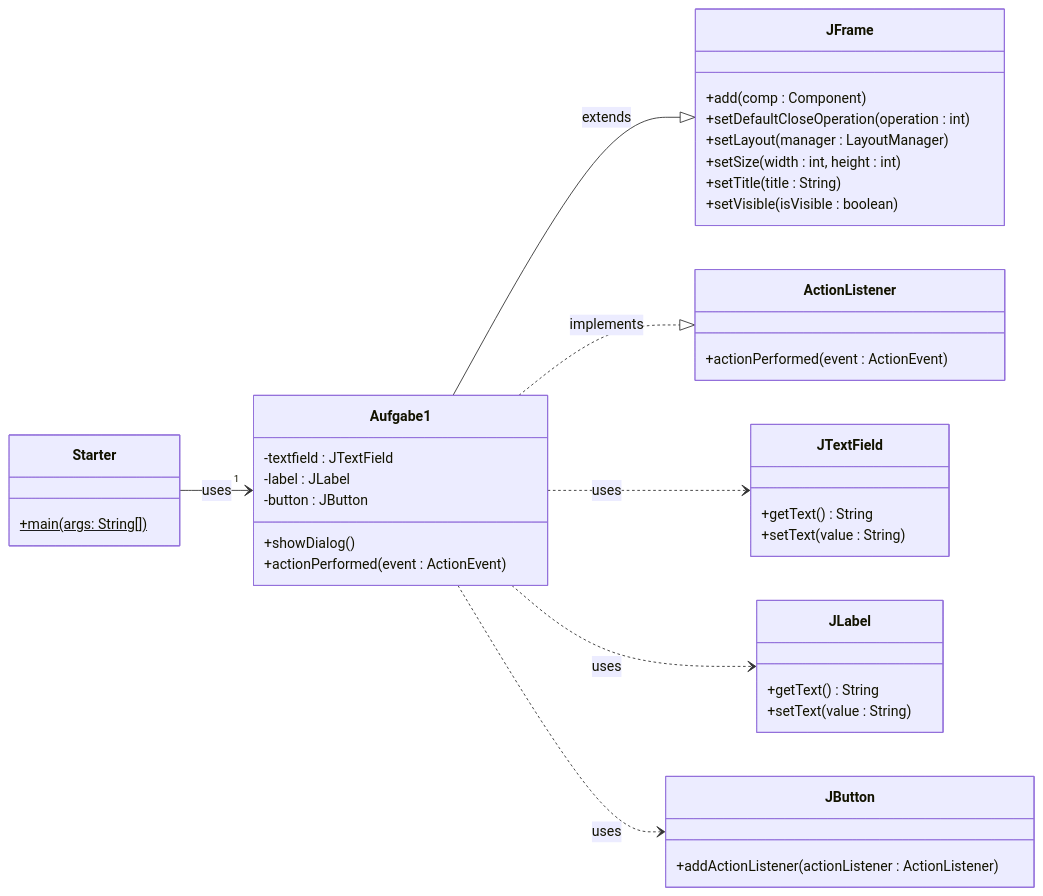
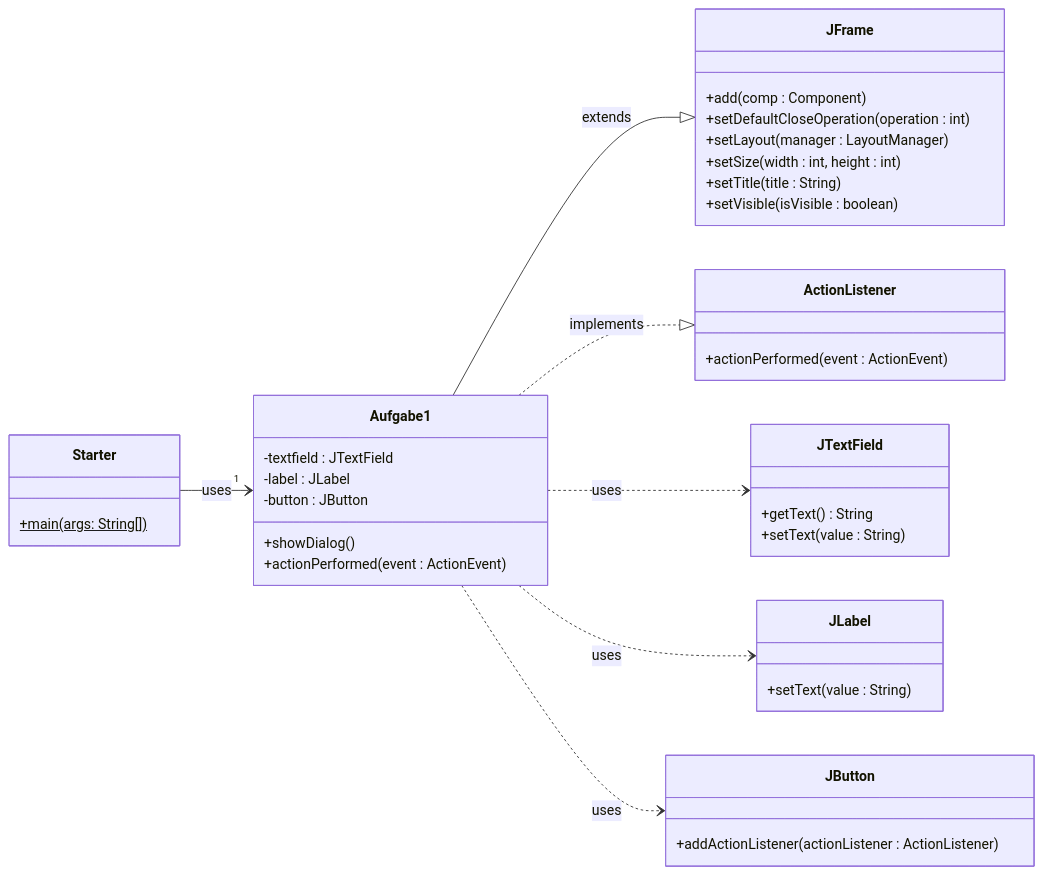
The first of 2 diagrams in docs/aufgaben-swing/buttons-aktivieren.md (codingluke/bbzbl-modul-404), drawn with Mermaid before and after one commit. The commit also changed other lines of this file and 1 other file, not shown here.

Commit message:
More UML

````diff
--- a/docs/aufgaben-swing/buttons-aktivieren.md
+++ b/docs/aufgaben-swing/buttons-aktivieren.md
@@ -17,44 +23,43 @@
 ```mermaid
 classDiagram
   direction LR
-    class JFrame {
-      +add(comp : Component)
-      +setDefaultCloseOperation(operation : int)
-      +setLayout(manager : LayoutManager)
-      +setSize(width : int, height : int)
-      +setTitle(title : String)
-      +setVisible(isVisible : boolean)
-    }
-    class ActionListener {
-      +actionPerformed(event : ActionEvent)
-    }
-    class JTextField {
-      +getText() String
-      +setText(value : String)
-    }
-    class JLabel {
-      +getText() String
-      +setText(value : String)
-    }
-    class JButton {
-      +addActionListener(actionListener : ActionListener)
-    }
+  class JFrame {
+    +add(comp : Component)
+    +setDefaultCloseOperation(operation : int)
+    +setLayout(manager : LayoutManager)
+    +setSize(width : int, height : int)
+    +setTitle(title : String)
+    +setVisible(isVisible : boolean)
+  }
+  class ActionListener {
+    +actionPerformed(event : ActionEvent)
+  }
+  class JTextField {
+    +getText() String
+    +setText(value : String)
+  }
+  class JLabel {
+    +setText(value : String)
+  }
+  class JButton {
+    +addActionListener(actionListener : ActionListener)
+  }
 
   class Starter {
     +main(args: String[])$
   }
   class Aufgabe1 {
     -textfield : JTextField
     -label : JLabel
     -button : JButton
     +showDialog()
     +actionPerformed(event : ActionEvent)
   }
 
   Starter --> "1" Aufgabe1 : uses
   Aufgabe1 --|> JFrame : extends
   Aufgabe1 ..|> ActionListener : implements
   Aufgabe1 ..> JTextField : uses
   Aufgabe1 ..> JLabel: uses
   Aufgabe1 ..> JButton: uses
 ```
````
